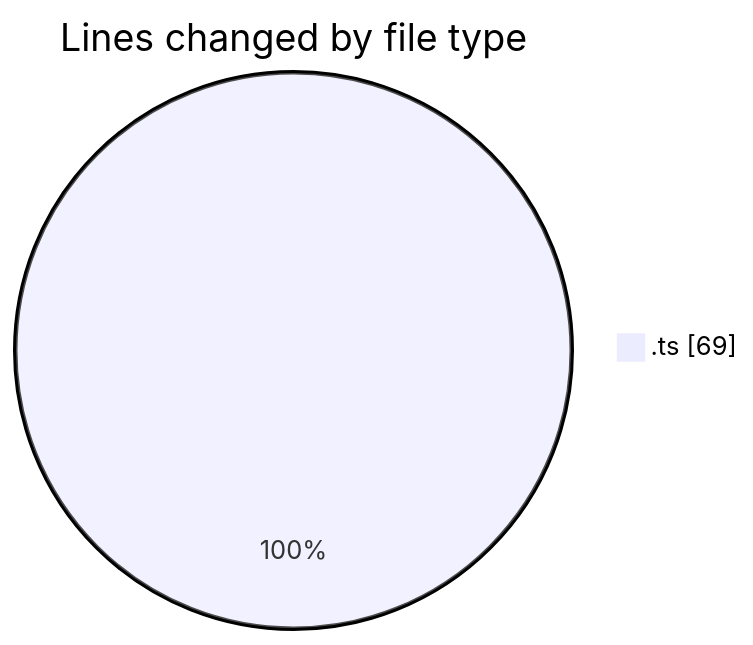
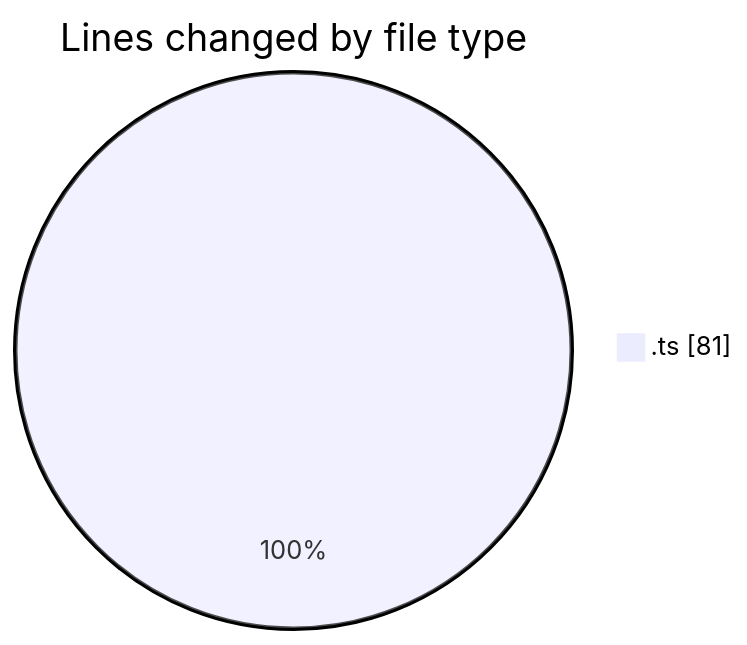
The first of 2 diagrams in 2025-05-30/cda/README.md (momahboobian/code-tracking), drawn with Mermaid before and after one commit. The commit also changed other lines of this file and 1 other file, not shown here.

````diff
--- a/2025-05-30/cda/README.md
+++ b/2025-05-30/cda/README.md
@@ -20,5 +20,5 @@
 ```mermaid
 pie showData
 title Lines changed by file type
-".ts" : 69
+".ts" : 81
 ```
````
